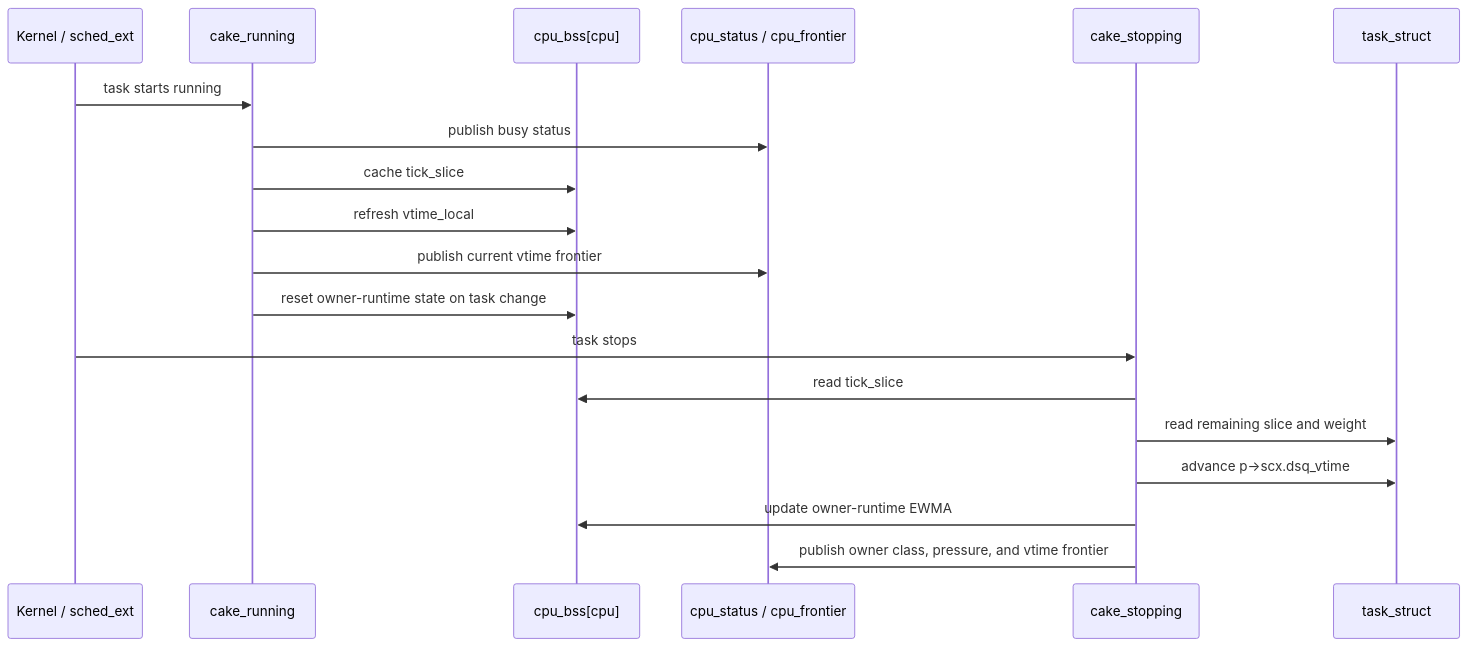
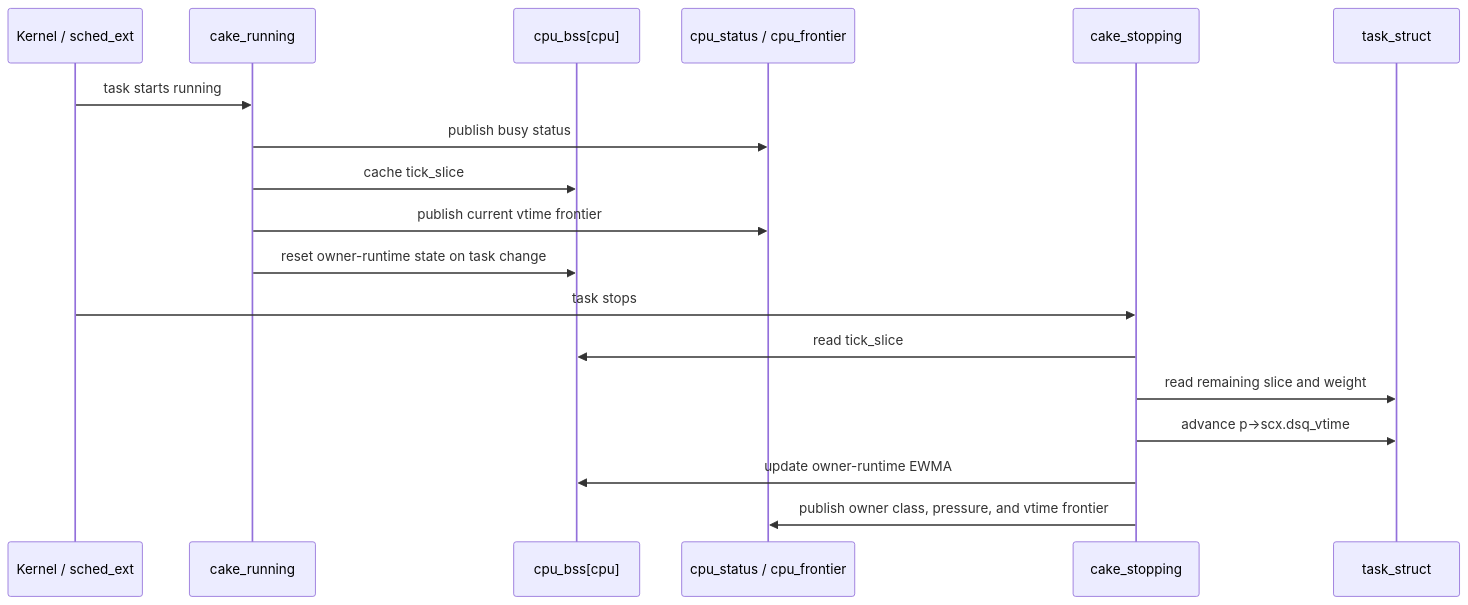
One commit to RitzDaCat/scx changed the second of 2 diagrams in scheds/rust/scx_cake/README.md. Above: the diagram before and after it, drawn with Mermaid. The commit also changed other lines of this file and 24 other files, not shown here.

````diff
--- a/scheds/rust/scx_cake/README.md
+++ b/scheds/rust/scx_cake/README.md
@@ -325,23 +339,22 @@
 ```mermaid
 sequenceDiagram
     participant K as Kernel / sched_ext
     participant R as cake_running
     participant B as cpu_bss[cpu]
     participant P as cpu_status / cpu_frontier
     participant S as cake_stopping
     participant T as task_struct
 
     K->>R: task starts running
     R->>P: publish busy status
     R->>B: cache tick_slice
-    R->>B: refresh vtime_local
     R->>P: publish current vtime frontier
     R->>B: reset owner-runtime state on task change
 
     K->>S: task stops
     S->>B: read tick_slice
     S->>T: read remaining slice and weight
     S->>T: advance p->scx.dsq_vtime
     S->>B: update owner-runtime EWMA
     S->>P: publish owner class, pressure, and vtime frontier
 ```
````
